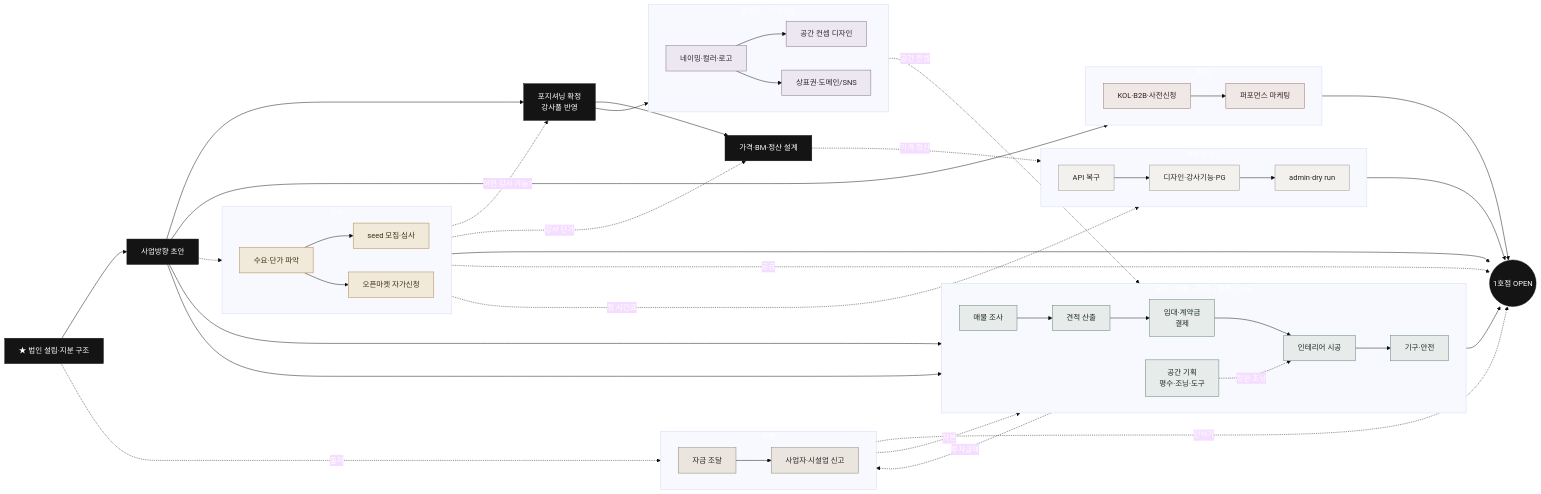
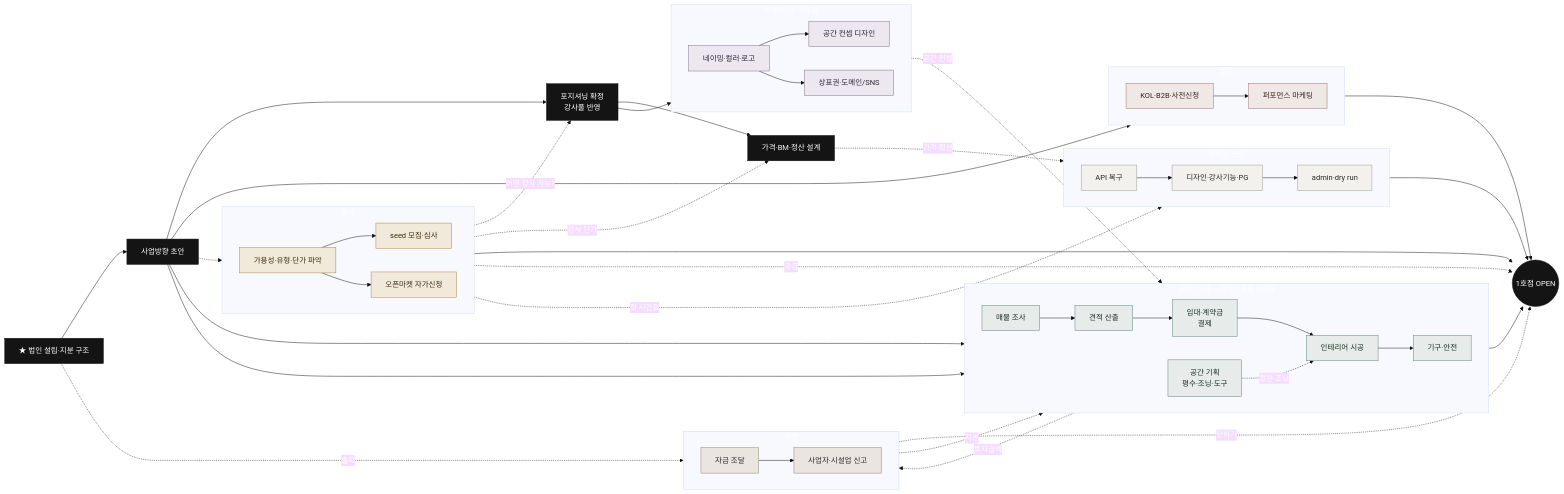
The second of 2 diagrams in operations/tech-tree.md (Young-000/pt-platform-docs), drawn with Mermaid (base theme) before and after one commit.

Commit message:
docs(tech-tree): 강사 노드 라벨 일관화(가용성·유형·단가)

````diff
--- a/operations/tech-tree.md
+++ b/operations/tech-tree.md
@@ -72,72 +72,72 @@
 ```mermaid
 flowchart LR
   classDef root fill:#141414,stroke:#141414,color:#fff;
   classDef br fill:#EDE8F0,stroke:#7c6c8a,color:#2b2333;
   classDef sp fill:#E7ECEA,stroke:#5d7d72,color:#1c2b22;
   classDef mt fill:#F1E9DA,stroke:#a9823c,color:#3a2e12;
   classDef us fill:#F0E8E6,stroke:#a06c62,color:#33231f;
   classDef sv fill:#F2F1EE,stroke:#9a958c,color:#2b2723;
   classDef cap fill:#EAE6DF,stroke:#8a7f6c,color:#2b2723;
   classDef goal fill:#141414,stroke:#141414,color:#fff;
 
   C0[★ 법인 설립·지분 구조]:::root
   D0[사업방향 초안]:::root
   POS[포지셔닝 확정<br/>강사풀 반영]:::root
   D1[가격·BM·정산 설계]:::root
 
   subgraph BR[브랜드 · 2~3개월]
     direction LR
     B1[네이밍·컬러·로고]:::br --> B2[공간 컨셉 디자인]:::br
     B1 --> B3[상표권·도메인/SNS]:::br
   end
   subgraph SPC[공간 · 매물→견적→결제→시공]
     direction LR
     G1[공간 기획<br/>평수·조닝·도구]:::sp
     R1[매물 조사]:::sp --> R2[견적 산출]:::sp --> S1[임대·계약금<br/>결제]:::sp --> S2[인테리어 시공]:::sp --> S3[기구·안전]:::sp
   end
   subgraph MTR[강사]
     direction LR
-    M1[수요·단가 파악]:::mt --> M2[seed 모집·심사]:::mt
+    M1[가용성·유형·단가 파악]:::mt --> M2[seed 모집·심사]:::mt
     M1 --> M4[오픈마켓 자가신청]:::mt
   end
   subgraph CAP[자본]
     direction LR
     A1[자금 조달]:::cap --> A2[사업자·시설업 신고]:::cap
   end
   subgraph USR[회원]
     direction LR
     U1[KOL·B2B·사전신청]:::us --> U2[퍼포먼스 마케팅]:::us
   end
   subgraph SVC[서비스 코드]
     direction LR
     P1[API 복구]:::sv --> P2[디자인·강사기능·PG]:::sv --> P3[admin·dry run]:::sv
   end
 
   OPEN((1호점 OPEN)):::goal
 
   %% ★법인 → 방향 초안 → (강사풀 파악) → 포지셔닝 → 가격·BM
   C0 --> D0
   C0 -.->|출자| A1
   D0 -.-> M1
   M1 -.->|어떤 강사 가능?| POS
   D0 --> POS --> D1
   M1 -.->|강사 단가| D1
   POS --> B1
   D0 --> G1
   D0 --> R1
   D0 --> U1
   %% 교차
   D1 -.->|가격·정산| P2
   B2 -.->|공간 컨셉| S2
   G1 -.->|정원·조닝| S2
   R2 -.->|투자금액| A1
   A1 -.->|자본| S1
   M2 -.->|첫 시간표| P3
   %% 수렴
   S3 --> OPEN
   M2 --> OPEN
   M4 -.->|공급| OPEN
   U2 --> OPEN
   P3 --> OPEN
   A2 -.->|인허가| OPEN
 ```
````
